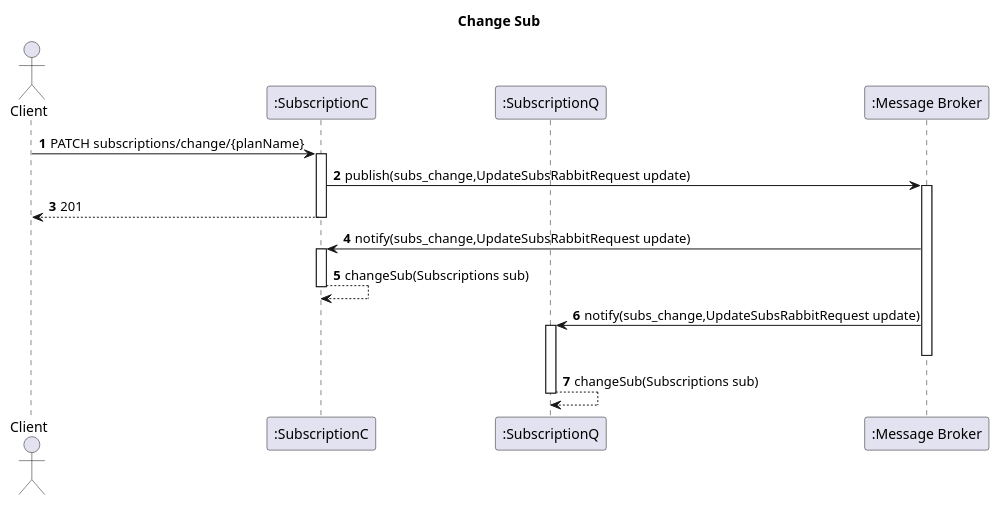
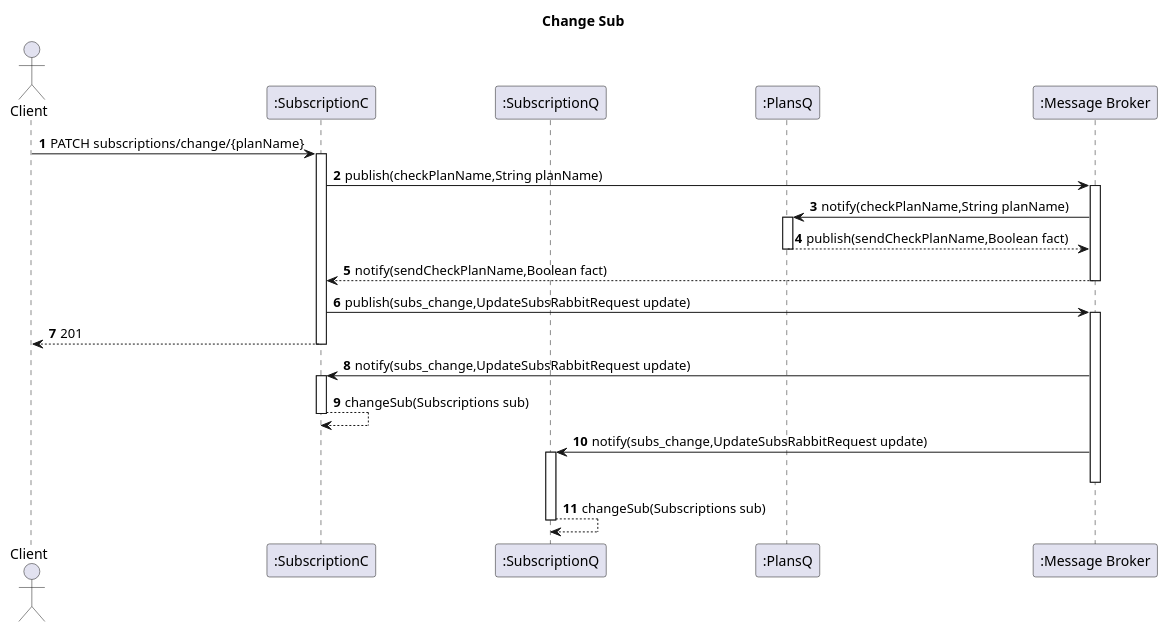
The diagram in docs_sidis/Segunda_Avalição/Subs/Vista Logica/N2/ChangeSubs.puml (IsepMartimOliveira/SIDIS), drawn with PlantUML before and after one commit. The commit also changed 8 other files, not shown here.

```diff
--- a/docs_sidis/Segunda_Avalição/Subs/Vista Logica/N2/ChangeSubs.puml
+++ b/docs_sidis/Segunda_Avalição/Subs/Vista Logica/N2/ChangeSubs.puml
@@ -1,27 +1,32 @@
 @startuml
 'https://plantuml.com/sequence-diagram
 autoactivate on
 autonumber
 title  Change Sub
 
 autonumber
 
 actor "Client" as Ac
 
 participant ":SubscriptionC" as SubC
 participant ":SubscriptionQ" as SubQ
+participant ":PlansQ" as Plans
 participant ":Message Broker" as Broker
 
 Ac->SubC:PATCH subscriptions/change/{planName}
+SubC->Broker: publish(checkPlanName,String planName)
+Broker->Plans:notify(checkPlanName,String planName)
+Plans-->Broker: publish(sendCheckPlanName,Boolean fact)
 
+Broker-->SubC: notify(sendCheckPlanName,Boolean fact)
 SubC->Broker: publish(subs_change,UpdateSubsRabbitRequest update)
 SubC-->Ac:201
 
 Broker->SubC:notify(subs_change,UpdateSubsRabbitRequest update)
 SubC-->SubC:changeSub(Subscriptions sub)
 Broker->SubQ:notify(subs_change,UpdateSubsRabbitRequest update)
 deactivate Broker
 
 SubQ-->SubQ:changeSub(Subscriptions sub)
 
 @enduml
```
